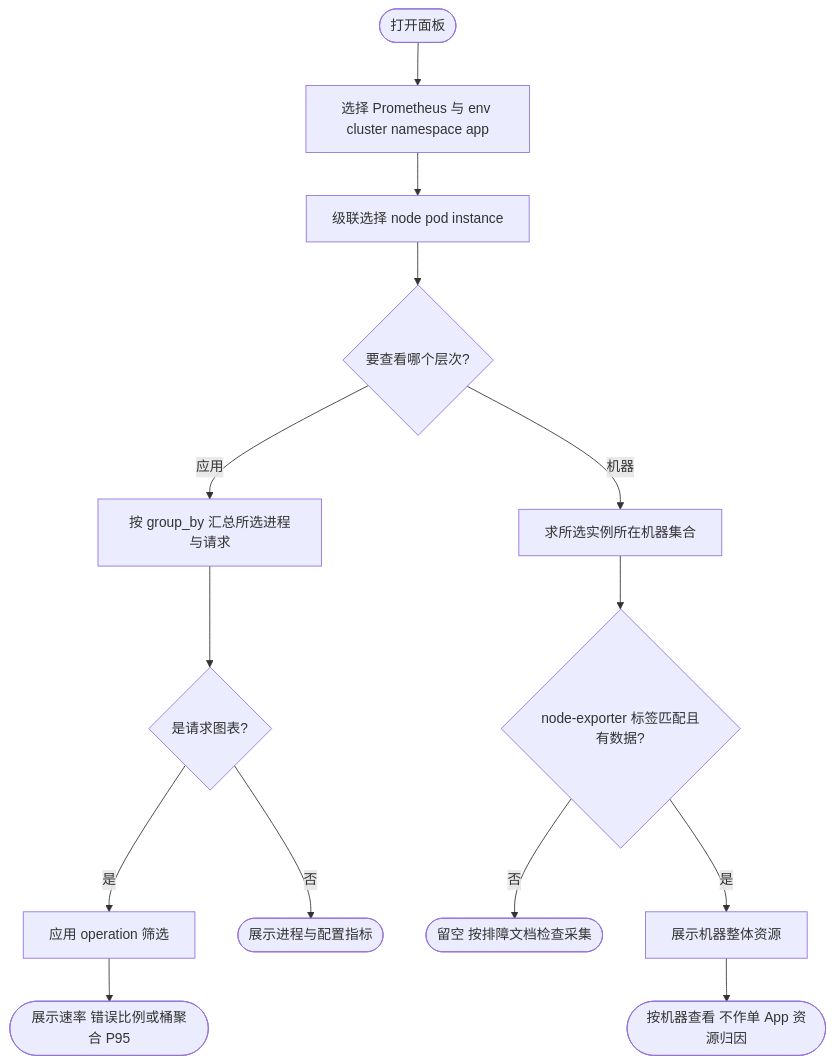
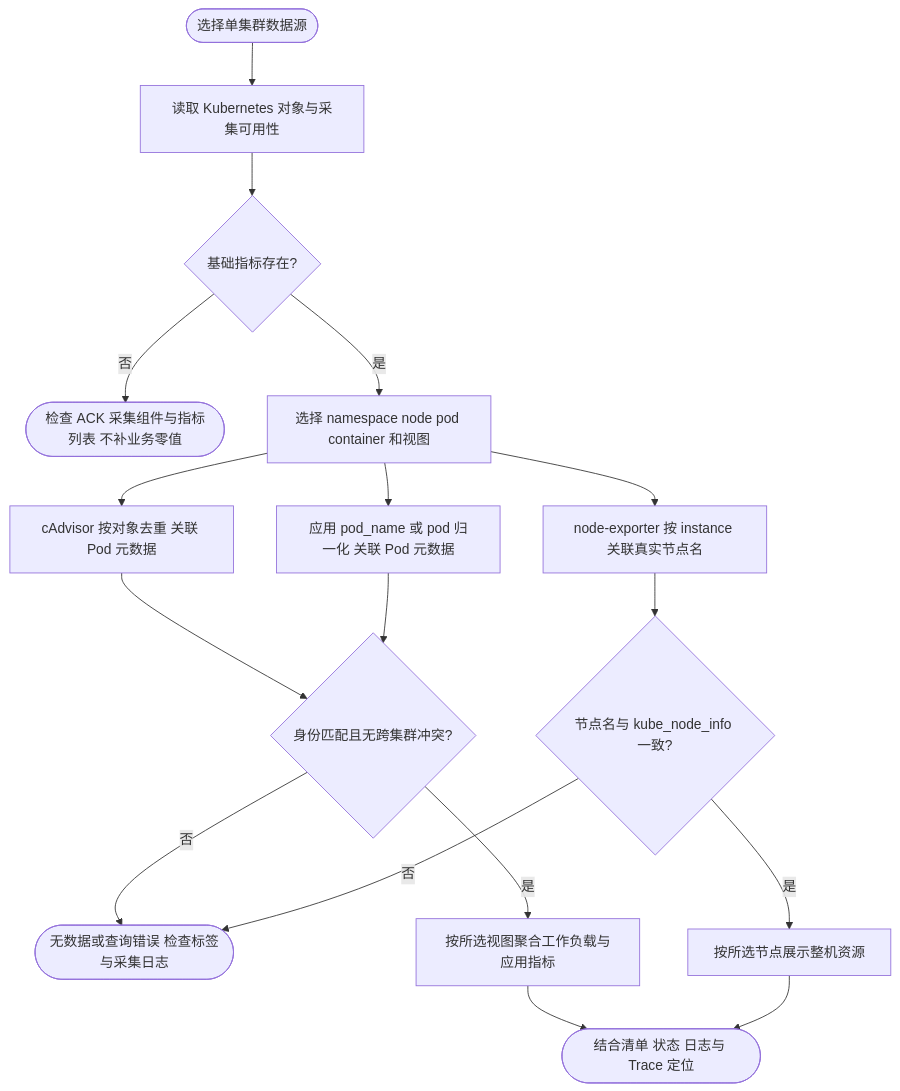
One commit to jaggerzhuang1994/kratos-foundation changed the diagram in deploy/observability/docs/dashboard.md. Above: the diagram before and after it, drawn with Mermaid. The commit also changed other lines of this file and 14 other files, not shown here.

Commit message:
feat(observability): redesign ACK container and node dashboards

````diff
--- a/deploy/observability/docs/dashboard.md
+++ b/deploy/observability/docs/dashboard.md
@@ -69,16 +59,19 @@
 ```mermaid
 flowchart TD
-    A([打开面板]) --> B[选择 Prometheus 与 env cluster namespace app]
-    B --> C[级联选择 node pod instance]
-    C --> D{要查看哪个层次?}
-    D -- 应用 --> E[按 group_by 汇总所选进程与请求]
-    D -- 机器 --> F[求所选实例所在机器集合]
-    F --> G{node-exporter 标签匹配且有数据?}
-    G -- 否 --> H([留空 按排障文档检查采集])
-    G -- 是 --> I[展示机器整体资源]
-    E --> J{是请求图表?}
-    J -- 是 --> K[应用 operation 筛选]
-    J -- 否 --> L([展示进程与配置指标])
-    K --> M([展示速率 错误比例或桶聚合 P95])
-    I --> N([按机器查看 不作单 App 资源归因])
+    A([选择单集群数据源]) --> B[读取 Kubernetes 对象与采集可用性]
+    B --> C{基础指标存在?}
+    C -- 否 --> D([检查 ACK 采集组件与指标列表 不补业务零值])
+    C -- 是 --> E[选择 namespace node pod container 和视图]
+    E --> F[cAdvisor 按对象去重 关联 Pod 元数据]
+    E --> G[node-exporter 按 instance 关联真实节点名]
+    E --> H[应用 pod_name 或 pod 归一化 关联 Pod 元数据]
+    F --> I{身份匹配且无跨集群冲突?}
+    H --> I
+    G --> J{节点名与 kube_node_info 一致?}
+    I -- 否 --> K([无数据或查询错误 检查标签与采集日志])
+    J -- 否 --> K
+    I -- 是 --> L[按所选视图聚合工作负载与应用指标]
+    J -- 是 --> M[按所选节点展示整机资源]
+    L --> N([结合清单 状态 日志与 Trace 定位])
+    M --> N
 ```
````
